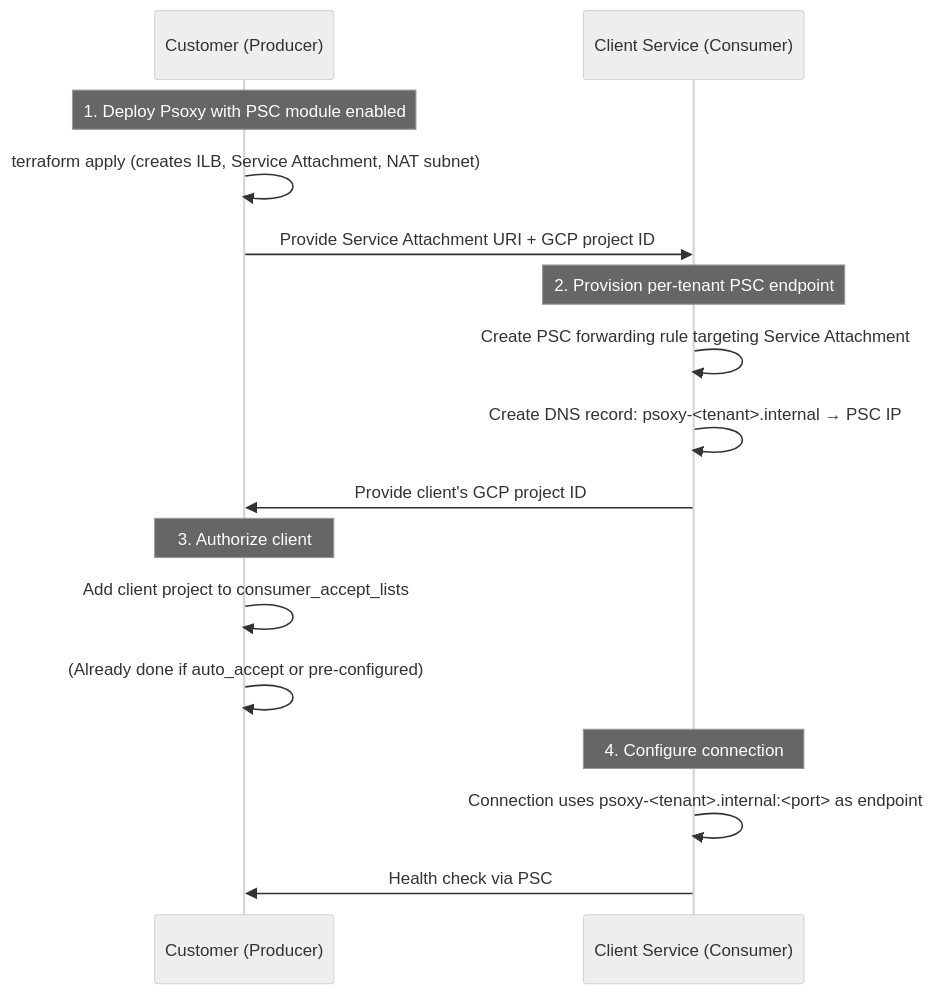
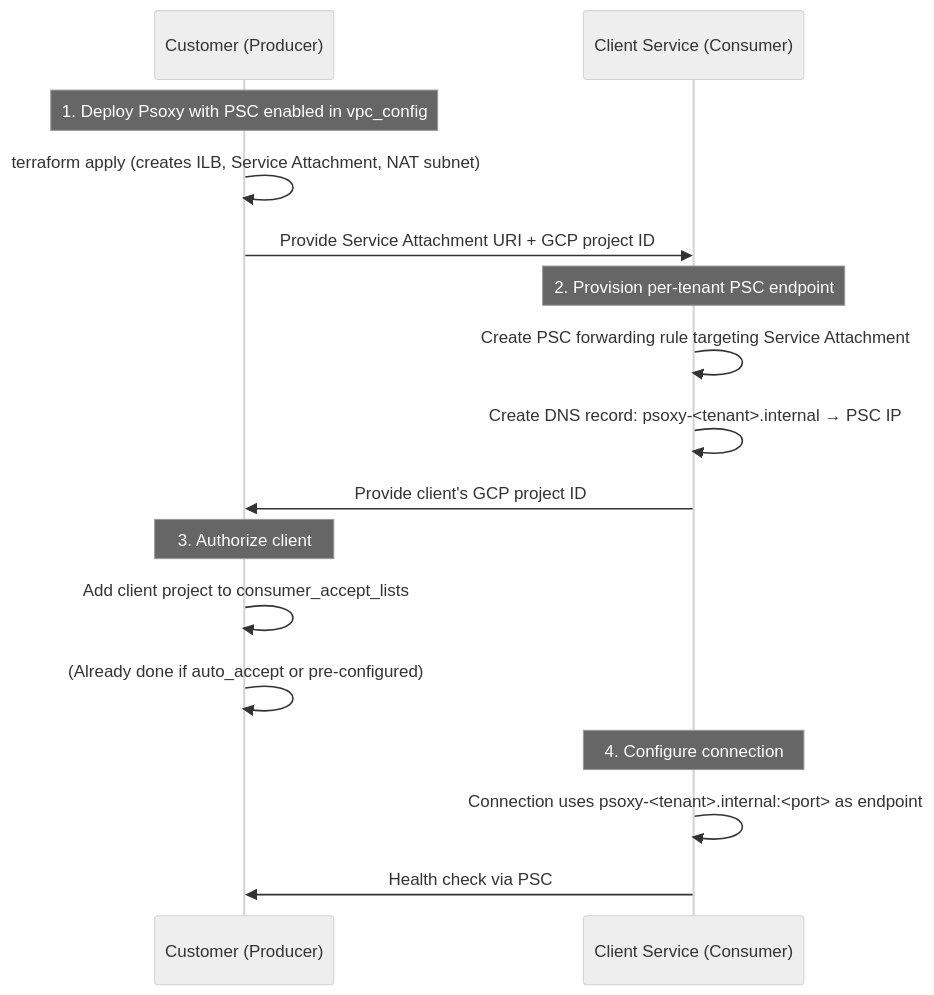
Before and after one commit to Worklytics/psoxy: the diagram in docs/development/gcp-private-service-connect.md, drawn with Mermaid (neutral theme). The commit also changed other lines of this file, not shown here.

````diff
--- a/docs/development/gcp-private-service-connect.md
+++ b/docs/development/gcp-private-service-connect.md
@@ -216,22 +217,22 @@
 ```mermaid
 sequenceDiagram
     participant Tenant as Customer (Producer)
     participant Client as Client Service (Consumer)
 
-    Note over Tenant: 1. Deploy Psoxy with PSC module enabled
+    Note over Tenant: 1. Deploy Psoxy with PSC enabled in vpc_config
     Tenant->>Tenant: terraform apply (creates ILB, Service Attachment, NAT subnet)
     Tenant->>Client: Provide Service Attachment URI + GCP project ID
 
     Note over Client: 2. Provision per-tenant PSC endpoint
     Client->>Client: Create PSC forwarding rule targeting Service Attachment
     Client->>Client: Create DNS record: psoxy-<tenant>.internal → PSC IP
     Client->>Tenant: Provide client's GCP project ID
 
     Note over Tenant: 3. Authorize client
     Tenant->>Tenant: Add client project to consumer_accept_lists
     Tenant->>Tenant: (Already done if auto_accept or pre-configured)
 
     Note over Client: 4. Configure connection
     Client->>Client: Connection uses psoxy-<tenant>.internal:<port> as endpoint
     Client->>Tenant: Health check via PSC
 ```
````
